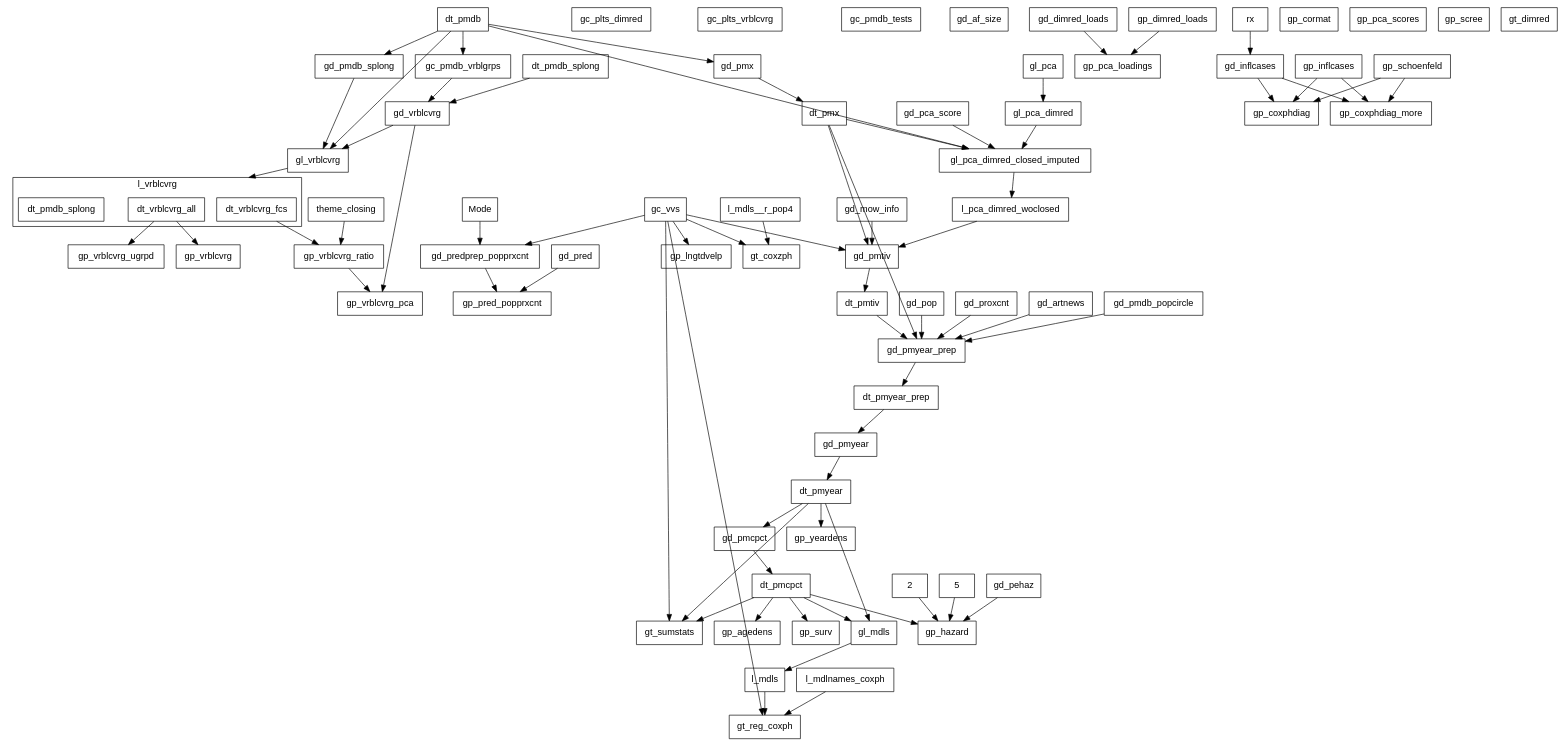
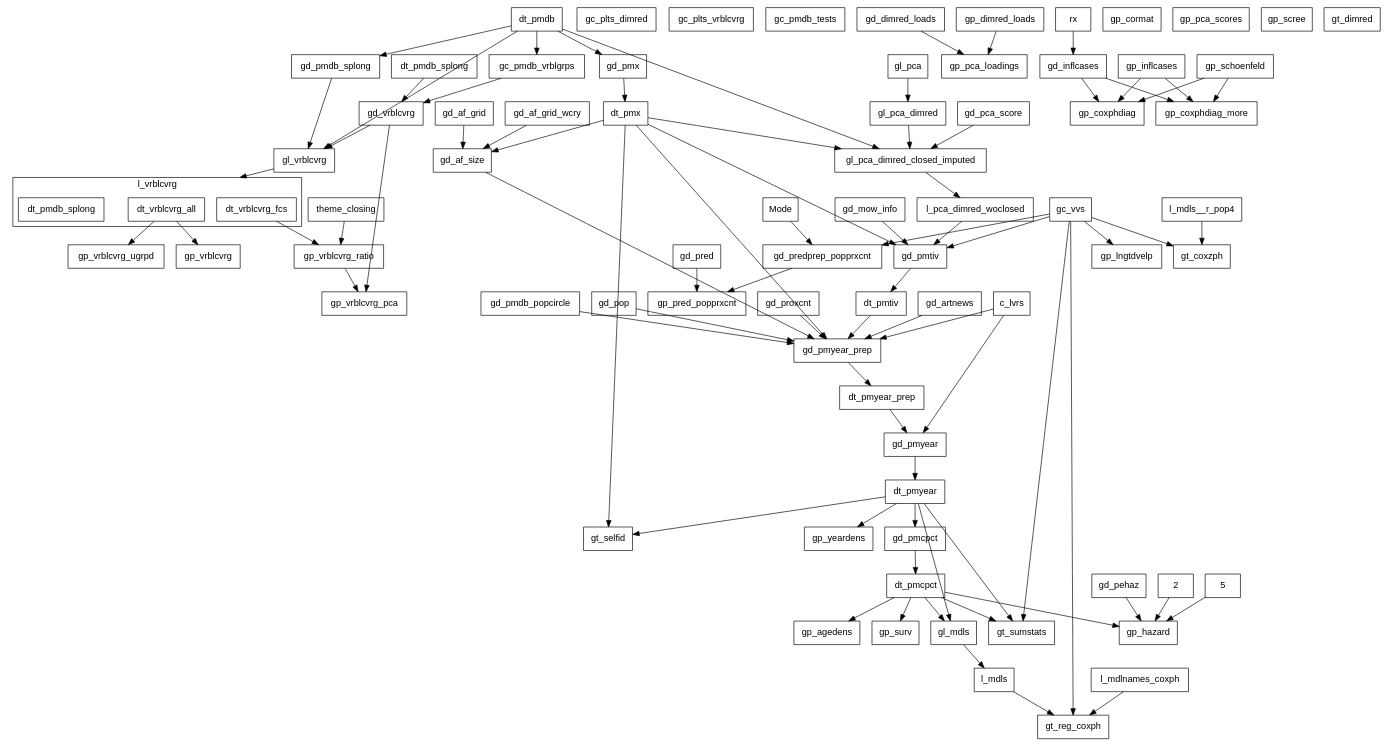
One commit to swhalemwo/pm_closing changed the diagram in misc/callgraph2.dot. Above: the diagram before and after it, drawn with Graphviz. The commit also changed 6 other files, not shown here.

```diff
--- a/misc/callgraph2.dot
+++ b/misc/callgraph2.dot
@@ -1,151 +1,163 @@
 digraph D {
  compound = true;
  splines = false; fontname=helvetica;
  node [shape=box, fontsize = 14, fontname=helvetica];
  edge [style = solid];
  
  subgraph cluster_l_vrblcvrg {
  label = "l_vrblcvrg";
  l_vrblcvrg__dt_vrblcvrg_all [label=dt_vrblcvrg_all]; 
 l_vrblcvrg__dt_vrblcvrg_fcs [label=dt_vrblcvrg_fcs]; 
 l_vrblcvrg [label = "", color=transparent, width=0, height=0]; 
 l_vrblcvrg__dt_pmdb_splong [label=dt_pmdb_splong] 
 } 
  gc_plts_dimred; 
 gc_plts_vrblcvrg; 
 gc_pmdb_tests; 
 gc_pmdb_vrblgrps; 
 gc_vvs; 
+gd_af_grid; 
+gd_af_grid_wcry; 
 gd_af_size; 
 gd_artnews; 
 gd_dimred_loads; 
 gd_inflcases; 
 gd_mow_info; 
 gd_pca_score; 
 gd_pehaz; 
 gd_pmcpct; 
 gd_pmdb_popcircle; 
 gd_pmdb_splong; 
 gd_pmtiv; 
 gd_pmx; 
 gd_pmyear; 
 gd_pmyear_prep; 
 gd_pop; 
 gd_pred; 
 gd_predprep_popprxcnt; 
 gd_proxcnt; 
 gd_vrblcvrg; 
 gl_mdls; 
 gl_pca; 
 gl_pca_dimred; 
 gl_pca_dimred_closed_imputed; 
 gl_vrblcvrg; 
 gp_agedens; 
 gp_cormat; 
 gp_coxphdiag; 
 gp_coxphdiag_more; 
 gp_dimred_loads; 
 gp_hazard; 
 gp_inflcases; 
 gp_lngtdvelp; 
 gp_pca_loadings; 
 gp_pca_scores; 
 gp_pred_popprxcnt; 
 gp_schoenfeld; 
 gp_scree; 
 gp_surv; 
 gp_vrblcvrg; 
 gp_vrblcvrg_pca; 
 gp_vrblcvrg_ratio; 
 gp_vrblcvrg_ugrpd; 
 gp_yeardens; 
 gt_coxzph; 
 gt_dimred; 
 gt_reg_coxph; 
+gt_selfid; 
 gt_sumstats; 
 Mode; 
 theme_closing; 
 dt_pmdb; 
 dt_pmdb_splong; 
 dt_pmx; 
 l_pca_dimred_woclosed; 
 dt_pmtiv; 
+c_lvrs; 
 dt_pmyear_prep; 
 dt_pmyear; 
 dt_pmcpct; 
 2; 
 5; 
 rx; 
 l_mdls__r_pop4; 
 l_mdls; 
 l_mdlnames_coxph 
  2 -> gp_hazard; 
 5 -> gp_hazard; 
 Mode -> gd_predprep_popprxcnt; 
+c_lvrs -> gd_pmyear; 
+c_lvrs -> gd_pmyear_prep; 
 dt_pmcpct -> gl_mdls; 
 dt_pmcpct -> gp_agedens; 
 dt_pmcpct -> gp_hazard; 
 dt_pmcpct -> gp_surv; 
 dt_pmcpct -> gt_sumstats; 
 dt_pmdb -> gc_pmdb_vrblgrps; 
 dt_pmdb -> gd_pmdb_splong; 
 dt_pmdb -> gd_pmx; 
 dt_pmdb -> gl_pca_dimred_closed_imputed; 
 dt_pmdb -> gl_vrblcvrg; 
 dt_pmdb_splong -> gd_vrblcvrg; 
 dt_pmtiv -> gd_pmyear_prep; 
+dt_pmx -> gd_af_size; 
 dt_pmx -> gd_pmtiv; 
 dt_pmx -> gd_pmyear_prep; 
 dt_pmx -> gl_pca_dimred_closed_imputed; 
+dt_pmx -> gt_selfid; 
 dt_pmyear -> gd_pmcpct; 
 dt_pmyear -> gl_mdls; 
 dt_pmyear -> gp_yeardens; 
+dt_pmyear -> gt_selfid; 
 dt_pmyear -> gt_sumstats; 
 dt_pmyear_prep -> gd_pmyear; 
 gc_pmdb_vrblgrps -> gd_vrblcvrg; 
 gc_vvs -> gd_pmtiv; 
 gc_vvs -> gd_predprep_popprxcnt; 
 gc_vvs -> gp_lngtdvelp; 
 gc_vvs -> gt_coxzph; 
 gc_vvs -> gt_reg_coxph; 
 gc_vvs -> gt_sumstats; 
+gd_af_grid -> gd_af_size; 
+gd_af_grid_wcry -> gd_af_size; 
+gd_af_size -> gd_pmyear_prep; 
 gd_artnews -> gd_pmyear_prep; 
 gd_dimred_loads -> gp_pca_loadings; 
 gd_inflcases -> gp_coxphdiag; 
 gd_inflcases -> gp_coxphdiag_more; 
 gd_mow_info -> gd_pmtiv; 
 gd_pca_score -> gl_pca_dimred_closed_imputed; 
 gd_pehaz -> gp_hazard; 
 gd_pmcpct -> dt_pmcpct; 
 gd_pmdb_popcircle -> gd_pmyear_prep; 
 gd_pmdb_splong -> gl_vrblcvrg; 
 gd_pmtiv -> dt_pmtiv; 
 gd_pmx -> dt_pmx; 
 gd_pmyear -> dt_pmyear; 
 gd_pmyear_prep -> dt_pmyear_prep; 
 gd_pop -> gd_pmyear_prep; 
 gd_pred -> gp_pred_popprxcnt; 
 gd_predprep_popprxcnt -> gp_pred_popprxcnt; 
 gd_proxcnt -> gd_pmyear_prep; 
 gd_vrblcvrg -> gl_vrblcvrg; 
 gd_vrblcvrg -> gp_vrblcvrg_pca; 
 gl_mdls -> l_mdls; 
 gl_pca -> gl_pca_dimred; 
 gl_pca_dimred -> gl_pca_dimred_closed_imputed; 
 gl_pca_dimred_closed_imputed -> l_pca_dimred_woclosed; 
 gl_vrblcvrg -> l_vrblcvrg[lhead=cluster_l_vrblcvrg,ltail=gl_vrblcvrg]; 
 gp_dimred_loads -> gp_pca_loadings; 
 gp_inflcases -> gp_coxphdiag; 
 gp_inflcases -> gp_coxphdiag_more; 
 gp_schoenfeld -> gp_coxphdiag; 
 gp_schoenfeld -> gp_coxphdiag_more; 
 gp_vrblcvrg_ratio -> gp_vrblcvrg_pca; 
 l_mdlnames_coxph -> gt_reg_coxph; 
 l_mdls -> gt_reg_coxph; 
 l_mdls__r_pop4 -> gt_coxzph; 
 l_pca_dimred_woclosed -> gd_pmtiv; 
 l_vrblcvrg__dt_vrblcvrg_all -> gp_vrblcvrg; 
 l_vrblcvrg__dt_vrblcvrg_all -> gp_vrblcvrg_ugrpd; 
 l_vrblcvrg__dt_vrblcvrg_fcs -> gp_vrblcvrg_ratio; 
 rx -> gd_inflcases; 
 theme_closing -> gp_vrblcvrg_ratio }
```
